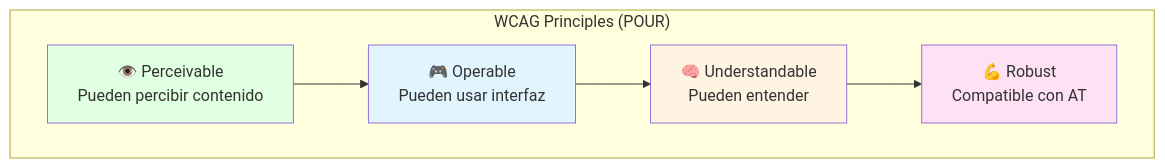
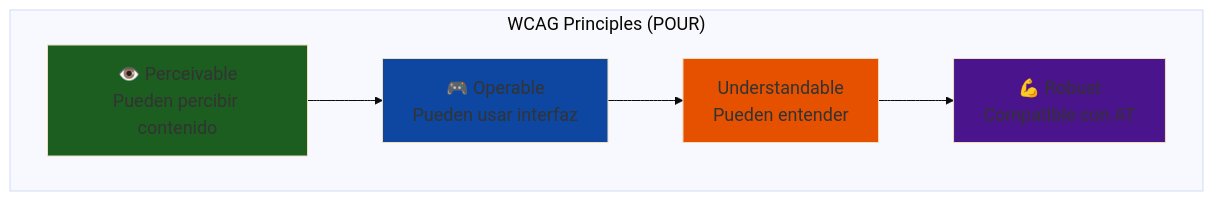
One commit to Ai-Whisperers/Courses-Content changed the tenth of 12 diagrams in courses/🟡-development/FPUNA-2026/01-DESARROLLO-SOFTWARE/especializaciones/web-development/04-diseno-ui-ux.md. Above: the diagram before and after it, drawn with Mermaid. The commit also changed other lines of this file and 47 other files, not shown here.

First line of the commit message:
fix: Make all 473 diagrams WCAG AAA accessible (FPUNA-2026)

````diff
--- a/courses/🟡-development/FPUNA-2026/01-DESARROLLO-SOFTWARE/especializaciones/web-development/04-diseno-ui-ux.md
+++ b/courses/🟡-development/FPUNA-2026/01-DESARROLLO-SOFTWARE/especializaciones/web-development/04-diseno-ui-ux.md
@@ -1029,18 +1038,19 @@
 ```mermaid
+%%{init: {'theme':'base', 'themeVariables': {'fontSize':'18px'}}}%%
 graph TD
     subgraph "WCAG Principles (POUR)"
         A[👁️ Perceivable<br/>Pueden percibir contenido]
         B[🎮 Operable<br/>Pueden usar interfaz]
-        C[🧠 Understandable<br/>Pueden entender]
+        C[Understandable<br/>Pueden entender]
         D[💪 Robust<br/>Compatible con AT]
         
         A --> B
         B --> C
         C --> D
     end
     
-    style A fill:#E1FFE1
-    style B fill:#E1F5FF
-    style C fill:#FFF4E1
-    style D fill:#FFE1F5
+    style A fill:#1b5e20
+    style B fill:#0d47a1
+    style C fill:#e65100
+    style D fill:#4a148c
 ```
````
